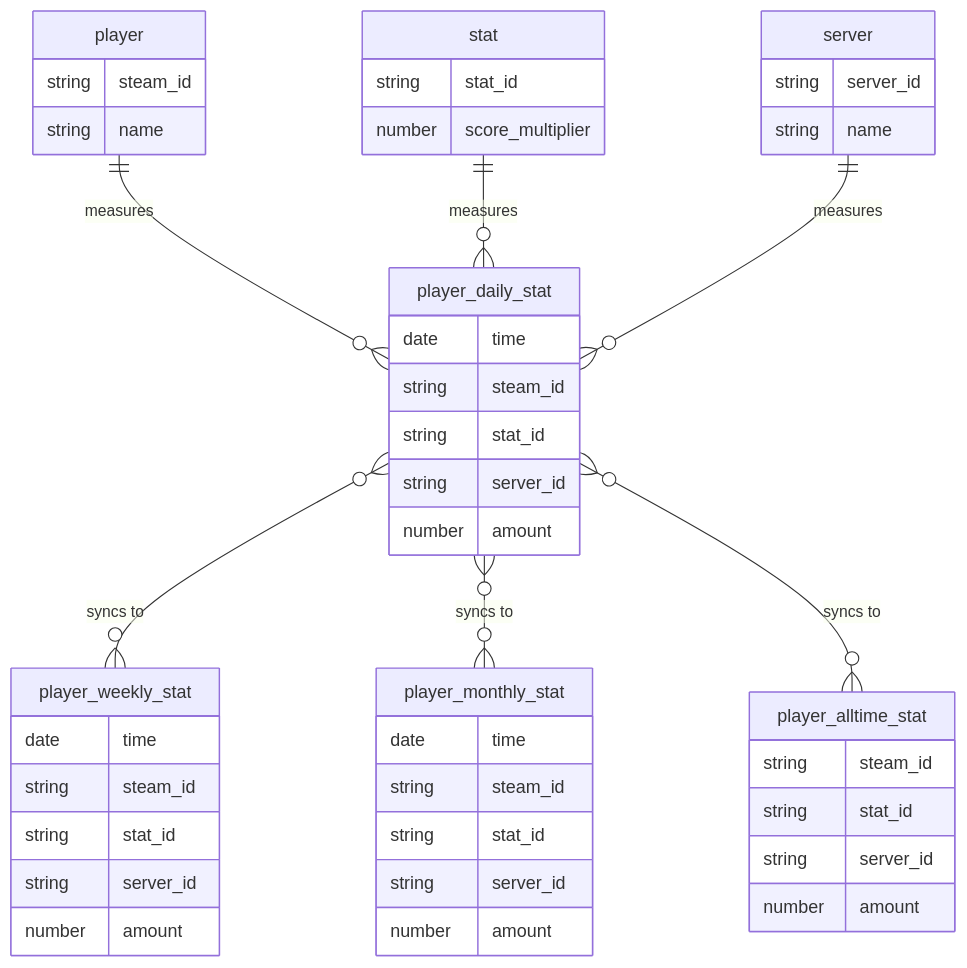
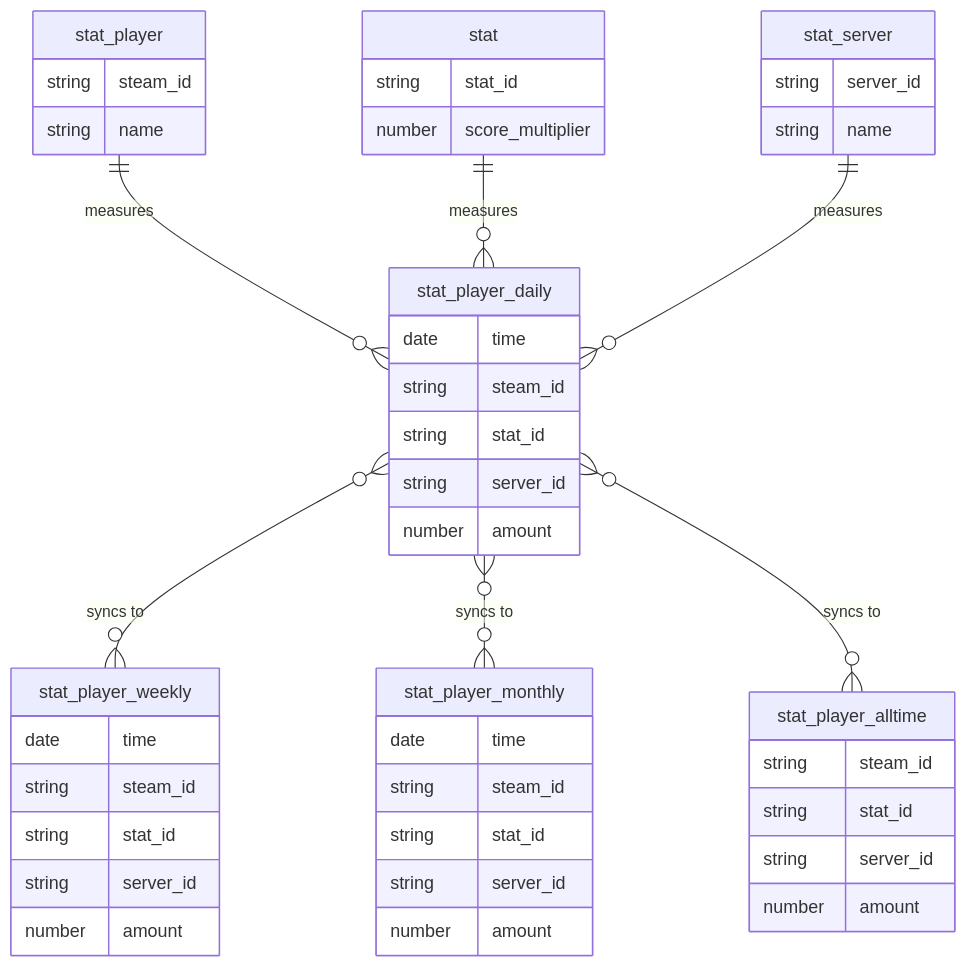
One commit to thegamecracks/420th-Stats-Tracker changed the diagram in README.md. Above: the diagram before and after it, drawn with Mermaid.

Commit message:
feat: adjust table names to use stat prefix

````diff
--- a/README.md
+++ b/README.md
@@ -55,48 +55,48 @@
 ```mermaid
 erDiagram
-    player {
+    stat_player {
         string steam_id
         string name
     }
     stat {
         string stat_id
         number score_multiplier
     }
-    server {
+    stat_server {
         string server_id
         string name
     }
-    player_daily_stat {
+    stat_player_daily {
         date time
         string steam_id
         string stat_id
         string server_id
         number amount
     }
-    player_weekly_stat {
+    stat_player_weekly {
         date time
         string steam_id
         string stat_id
         string server_id
         number amount
     }
-    player_monthly_stat {
+    stat_player_monthly {
         date time
         string steam_id
         string stat_id
         string server_id
         number amount
     }
-    player_alltime_stat {
+    stat_player_alltime {
         string steam_id
         string stat_id
         string server_id
         number amount
     }
-    player ||--o{ player_daily_stat : "measures"
-    stat ||--o{ player_daily_stat : "measures"
-    server ||--o{ player_daily_stat : "measures"
-    player_daily_stat }o--o{ player_weekly_stat : "syncs to"
-    player_daily_stat }o--o{ player_monthly_stat : "syncs to"
-    player_daily_stat }o--o{ player_alltime_stat : "syncs to"
+    stat_player ||--o{ stat_player_daily : "measures"
+    stat ||--o{ stat_player_daily : "measures"
+    stat_server ||--o{ stat_player_daily : "measures"
+    stat_player_daily }o--o{ stat_player_weekly : "syncs to"
+    stat_player_daily }o--o{ stat_player_monthly : "syncs to"
+    stat_player_daily }o--o{ stat_player_alltime : "syncs to"
 ```
````
